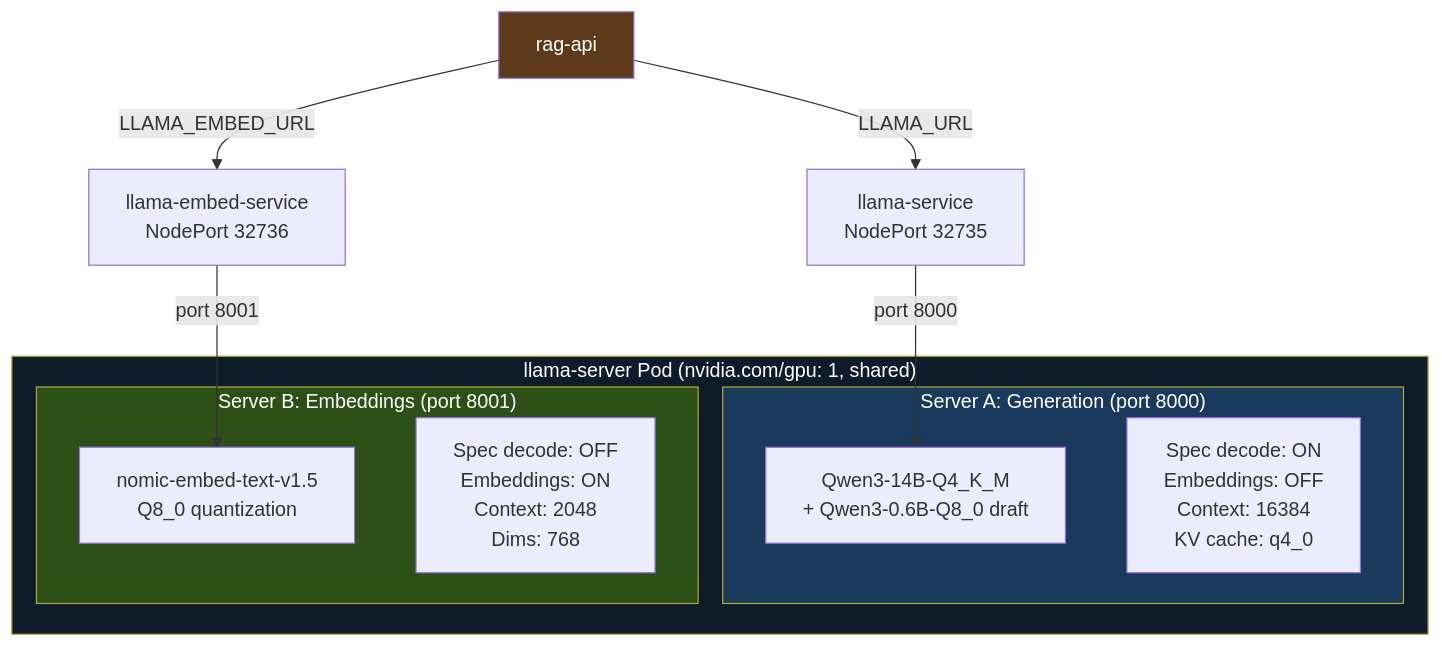
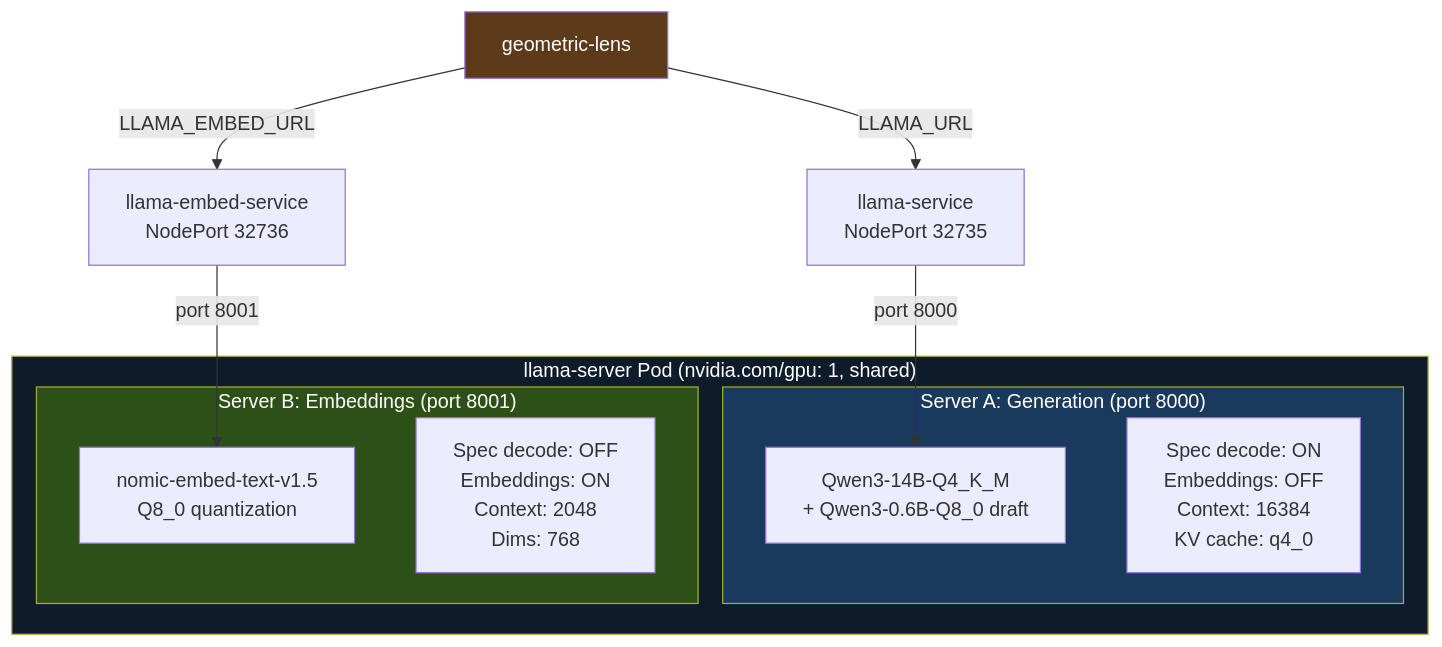
One commit to itigges22/ATLAS changed the second of 2 diagrams in docs/V2_TO_V2_5_MIGRATION.md. Above: the diagram before and after it, drawn with Mermaid. The commit also changed other lines of this file and 2742 other files, not shown here.

````diff
--- a/docs/V2_TO_V2_5_MIGRATION.md
+++ b/docs/V2_TO_V2_5_MIGRATION.md
@@ -46,24 +46,24 @@
 ```mermaid
 flowchart TB
   subgraph Pod["llama-server Pod (nvidia.com/gpu: 1, shared)"]
     subgraph ServerA["Server A: Generation (port 8000)"]
       A1[Qwen3-14B-Q4_K_M<br/>+ Qwen3-0.6B-Q8_0 draft]
       A2[Spec decode: ON<br/>Embeddings: OFF<br/>Context: 16384<br/>KV cache: q4_0]
     end
     subgraph ServerB["Server B: Embeddings (port 8001)"]
       B1[nomic-embed-text-v1.5<br/>Q8_0 quantization]
       B2[Spec decode: OFF<br/>Embeddings: ON<br/>Context: 2048<br/>Dims: 768]
     end
   end
 
   SvcA[llama-service<br/>NodePort 32735] -->|port 8000| A1
   SvcB[llama-embed-service<br/>NodePort 32736] -->|port 8001| B1
 
-  RAG[rag-api] -->|LLAMA_URL| SvcA
+  RAG[geometric-lens] -->|LLAMA_URL| SvcA
   RAG -->|LLAMA_EMBED_URL| SvcB
 
   style ServerA fill:#1a3a5c,color:#fff
   style ServerB fill:#2d5016,color:#fff
   style Pod fill:#0d1b2a,color:#fff
   style RAG fill:#5c3a1a,color:#fff
 ```
````
